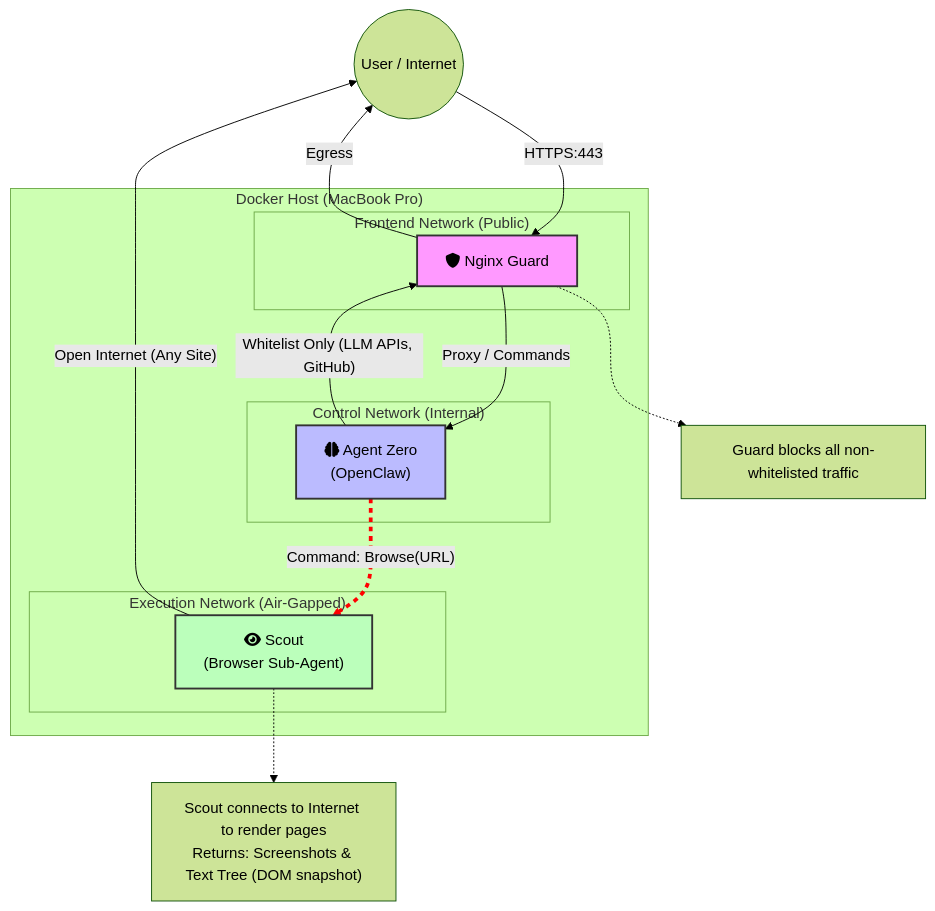
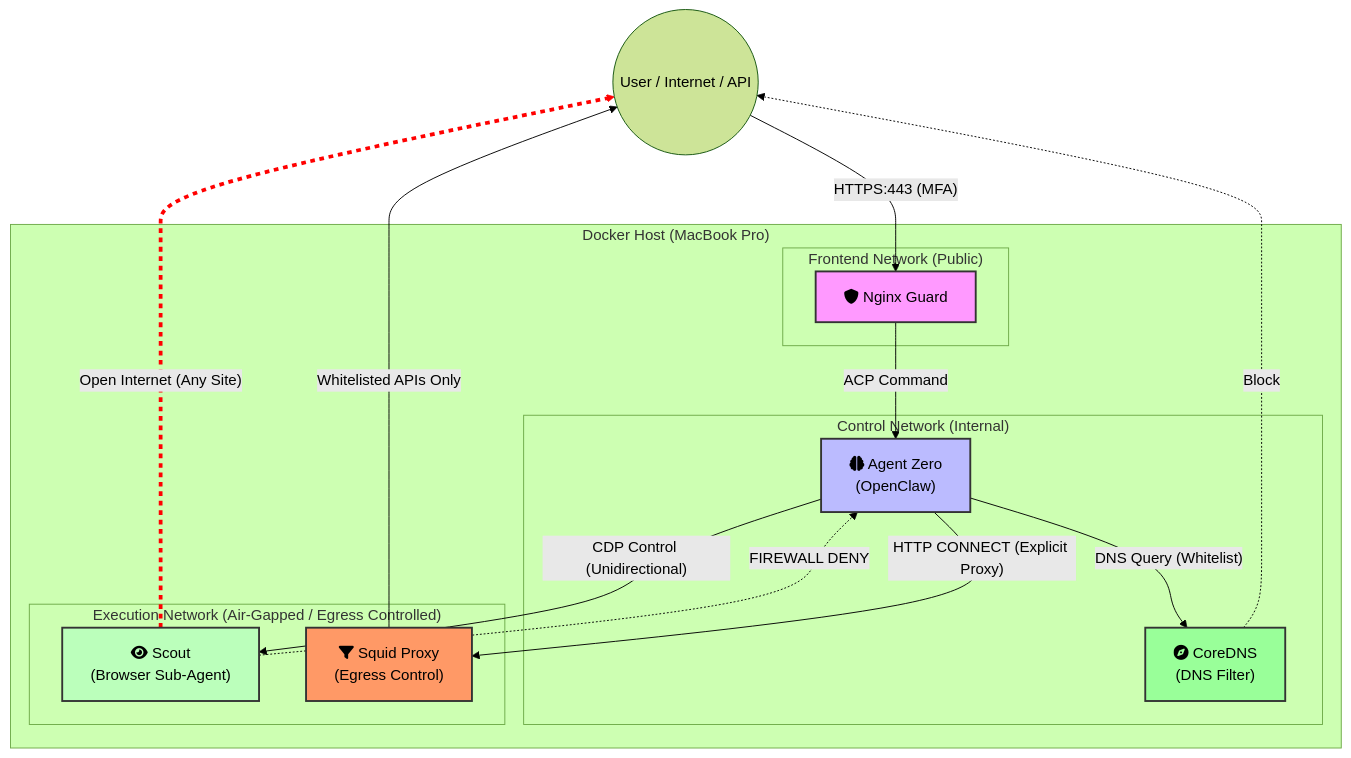
Before and after one commit to richfrem/Project_Sanctuary: the diagram in docs/architecture/safe_agent_zero/diagrams/network_traffic_diagram.mermaid, drawn with Mermaid (forest theme). The commit also changed 43 other files, not shown here.

```diff
--- a/docs/architecture/safe_agent_zero/diagrams/network_traffic_diagram.mermaid
+++ b/docs/architecture/safe_agent_zero/diagrams/network_traffic_diagram.mermaid
@@ -1,42 +1,46 @@
 flowchart TB
-    subscriber((User / Internet))
+    internet((User / Internet / API))
 
     subgraph "Docker Host (MacBook Pro)"
         subgraph "Frontend Network (Public)"
             guard[fa:fa-shield Nginx Guard]
         end
 
         subgraph "Control Network (Internal)"
             agent["fa:fa-brain Agent Zero<br/>(OpenClaw)"]
+            dns["fa:fa-compass CoreDNS<br/>(DNS Filter)"]
         end
 
-        subgraph "Execution Network (Air-Gapped)"
+        subgraph "Execution Network (Air-Gapped / Egress Controlled)"
             scout["fa:fa-eye Scout<br/>(Browser Sub-Agent)"]
+            squid["fa:fa-filter Squid Proxy<br/>(Egress Control)"]
         end
     end
 
     %% Ingress Flow
-    subscriber -- "HTTPS:443" --> guard
-    guard -- "Proxy / Commands" --> agent
+    internet -- "HTTPS:443 (MFA)" --> guard
+    guard -- "ACP Command" --> agent
+
+    %% Internal Services
+    agent -- "DNS Query (Whitelist)" --> dns
+    dns -.->|Block| internet
 
     %% Egress Flow (Filtered)
-    agent -- "Whitelist Only (LLM APIs, GitHub)" --> guard
-    guard -- "Egress" --> subscriber
-
+    agent -- "HTTP CONNECT (Explicit Proxy)" --> squid
+    squid -- "Whitelisted APIs Only" --> internet
+    
     %% Execution Flow (Isolated)
-    agent -- "Command: Browse(URL)" --> scout
-    scout -- "Open Internet (Any Site)" --> subscriber
+    agent -- "CDP Control (Unidirectional)" --> scout
+    scout -- "Open Internet (Any Site)" --> internet
+    
+    %% Lateral Movement Block
+    scout -.->|FIREWALL DENY| agent
 
     %% Styling
     style guard fill:#f9f,stroke:#333,stroke-width:2px
     style agent fill:#bbf,stroke:#333,stroke-width:2px
     style scout fill:#bfb,stroke:#333,stroke-width:2px
+    style squid fill:#f96,stroke:#333,stroke-width:2px
+    style dns fill:#9f9,stroke:#333,stroke-width:2px
 
-    %% Cross-Network Restrictions
-    linkStyle 4 stroke:red,stroke-width:4px,stroke-dasharray: 5 5;
-    
-    note_guard["Guard blocks all non-whitelisted traffic"]
-    note_exec["Scout connects to Internet to render pages<br/>Returns: Screenshots & Text Tree (DOM snapshot)"]
-    
-    guard -.-> note_guard
-    scout -.-> note_exec
+    linkStyle 7 stroke:red,stroke-width:4px,stroke-dasharray: 5 5;
```
